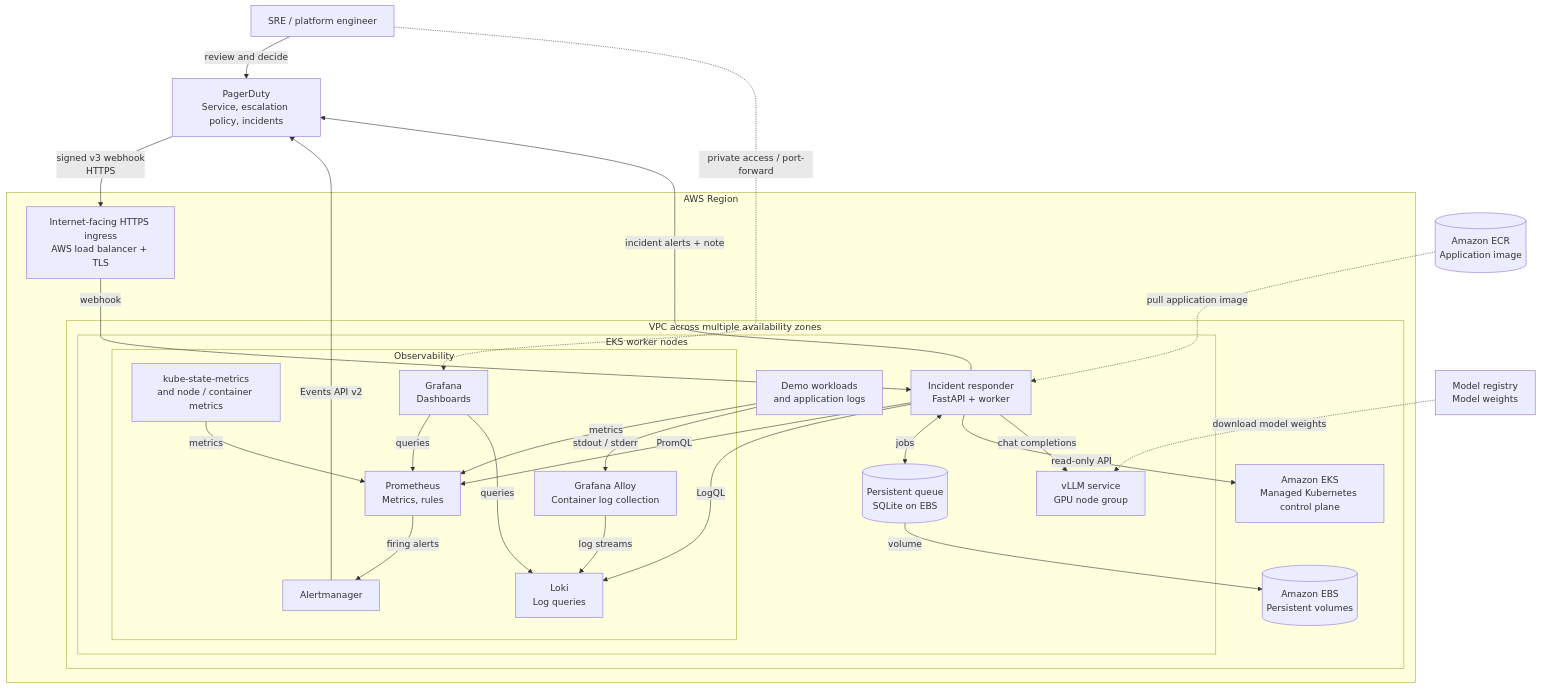
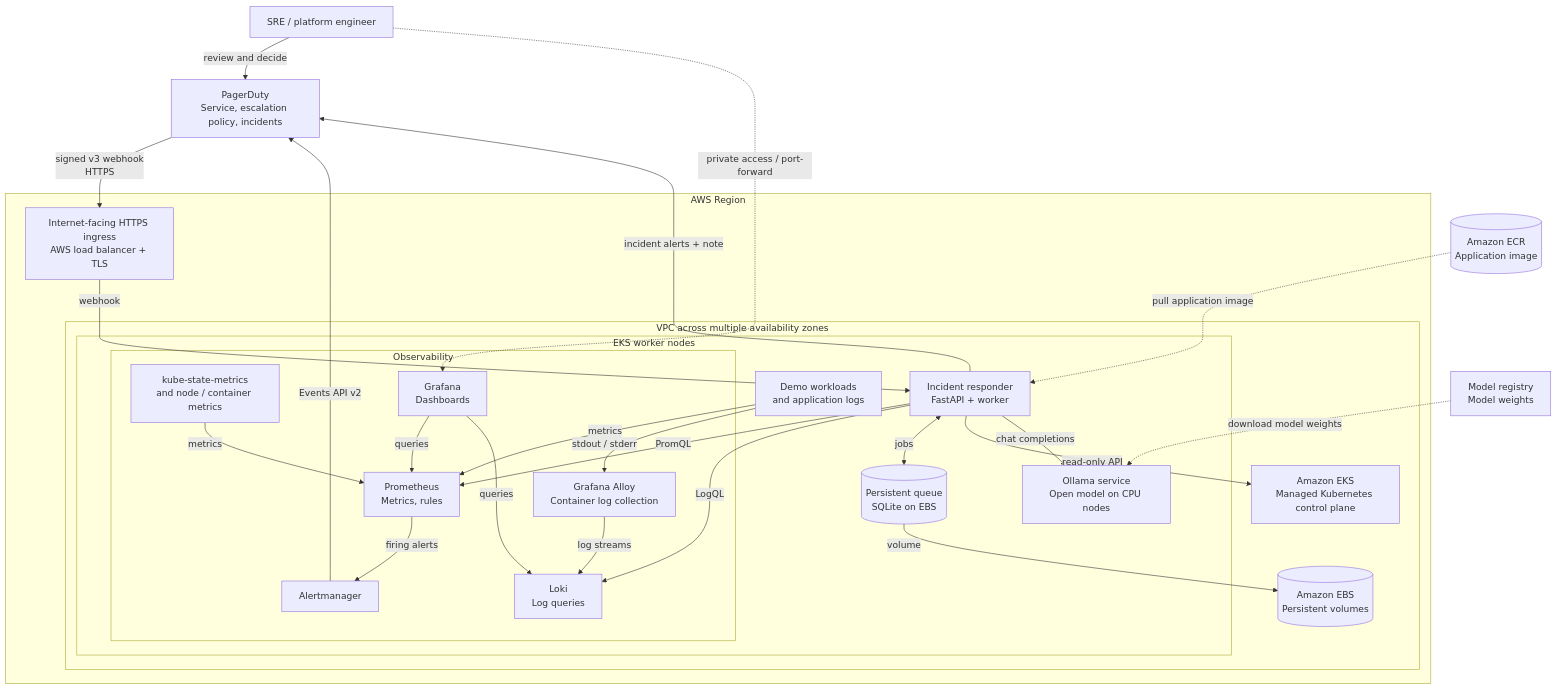
One commit to driveops-surya/ai-k8s-incident-responder changed the diagram in README.md. Above: the diagram before and after it, drawn with Mermaid. The commit also changed other lines of this file and 10 other files, not shown here.

````diff
--- a/README.md
+++ b/README.md
@@ -16,51 +16,51 @@
 ```mermaid
 flowchart TB
   SRE["SRE / platform engineer"]
   PD["PagerDuty<br/>Service, escalation policy, incidents"]
   ECR[("Amazon ECR<br/>Application image")]
   Model["Model registry<br/>Model weights"]
 
   subgraph AWS["AWS Region"]
     ALB["Internet-facing HTTPS ingress<br/>AWS load balancer + TLS"]
     subgraph VPC["VPC across multiple availability zones"]
       EKS["Amazon EKS<br/>Managed Kubernetes control plane"]
       subgraph Cluster["EKS worker nodes"]
         subgraph Observe["Observability"]
           KP["kube-state-metrics<br/>and node / container metrics"]
           Prom["Prometheus<br/>Metrics, rules"]
           AM["Alertmanager"]
           Graf["Grafana<br/>Dashboards"]
           Alloy["Grafana Alloy<br/>Container log collection"]
           Loki["Loki<br/>Log queries"]
         end
         Work["Demo workloads<br/>and application logs"]
         API["Incident responder<br/>FastAPI + worker"]
         Queue[("Persistent queue<br/>SQLite on EBS")]
-        VLLM["vLLM service<br/>GPU node group"]
+        LLM["Ollama service<br/>Open model on CPU nodes"]
       end
       EBS[("Amazon EBS<br/>Persistent volumes")]
     end
   end
 
   Work -->|"metrics"| Prom
   KP -->|"metrics"| Prom
   Work -->|"stdout / stderr"| Alloy
   Alloy -->|"log streams"| Loki
   Prom -->|"firing alerts"| AM
   AM -->|"Events API v2"| PD
   PD -->|"signed v3 webhook<br/>HTTPS"| ALB
   ALB -->|"webhook"| API
   API <-->|"jobs"| Queue
   Queue -->|"volume"| EBS
   API -->|"read-only API"| EKS
   API -->|"PromQL"| Prom
   API -->|"LogQL"| Loki
-  API -->|"chat completions"| VLLM
+  API -->|"chat completions"| LLM
   API -->|"incident alerts + note"| PD
   SRE -->|"review and decide"| PD
   SRE -.->|"private access / port-forward"| Graf
   Graf -->|"queries"| Prom
   Graf -->|"queries"| Loki
   ECR -.->|"pull application image"| API
-  Model -.->|"download model weights"| VLLM
+  Model -.->|"download model weights"| LLM
 ```
````
